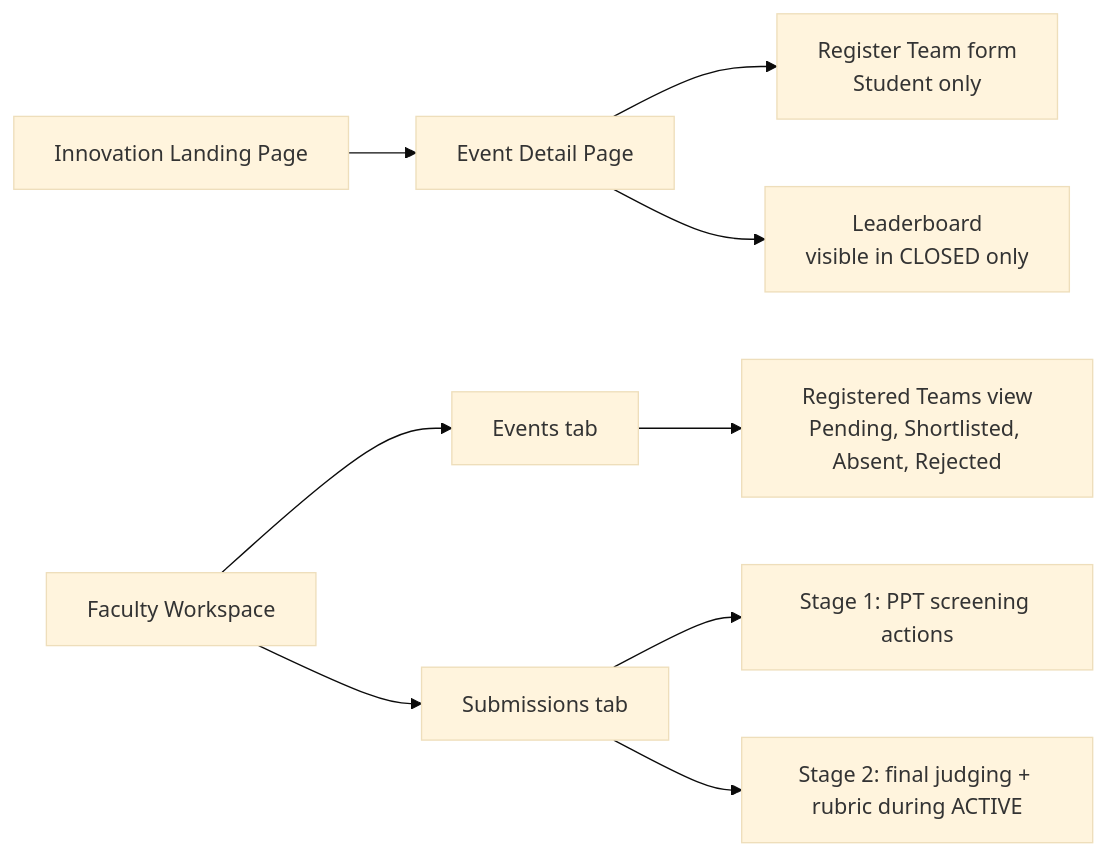
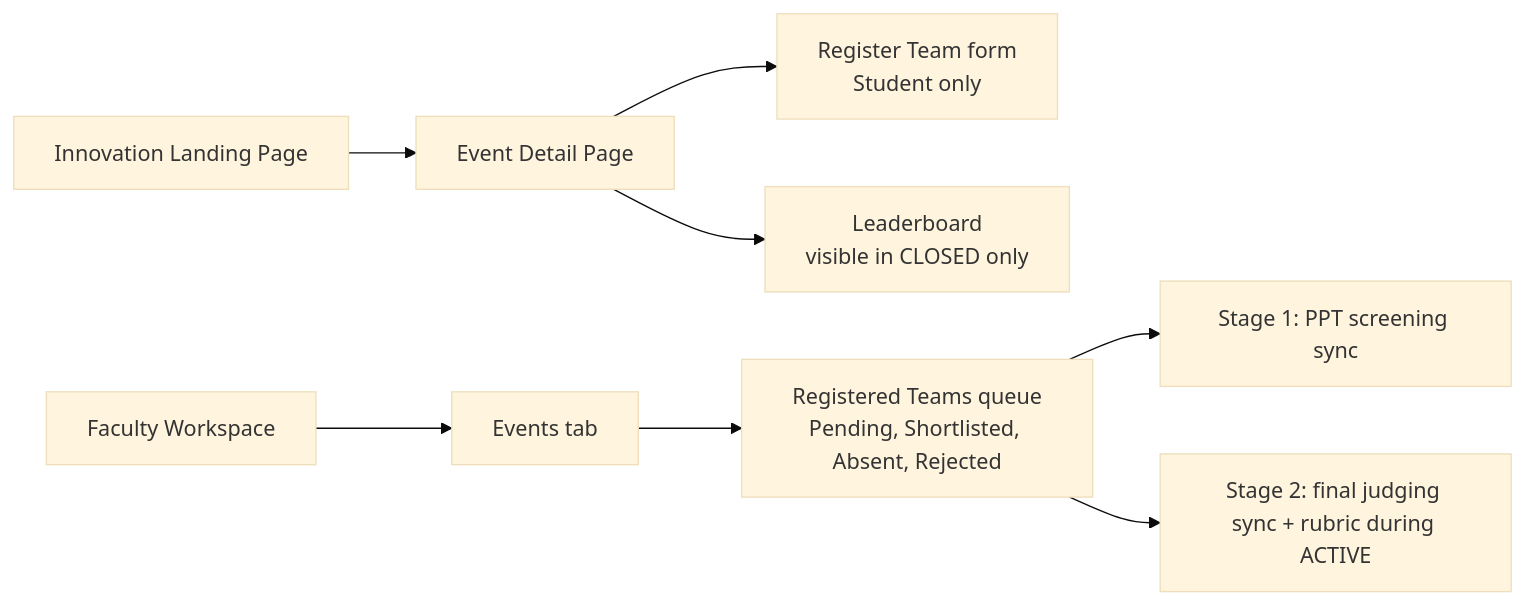
The eighth of 9 diagrams in README.md (Newer1107/CoE-Main), drawn with Mermaid (base theme) before and after one commit. The commit also changed other lines of this file and 1 other file, not shown here.

````diff
--- a/README.md
+++ b/README.md
@@ -272,11 +357,10 @@
 ```mermaid
 flowchart LR
   IH[Innovation Landing Page] --> ED[Event Detail Page]
   ED --> RF[Register Team form\nStudent only]
   ED --> LB[Leaderboard\nvisible in CLOSED only]
   IF[Faculty Workspace] --> ET[Events tab]
-  IF --> ST[Submissions tab]
-  ET --> TM[Registered Teams view\nPending, Shortlisted, Absent, Rejected]
-  ST --> SC[Stage 1: PPT screening actions]
-  ST --> JG[Stage 2: final judging + rubric during ACTIVE]
+  ET --> TM[Registered Teams queue\nPending, Shortlisted, Absent, Rejected]
+  TM --> SC[Stage 1: PPT screening sync]
+  TM --> JG[Stage 2: final judging sync + rubric during ACTIVE]
 ```
````
